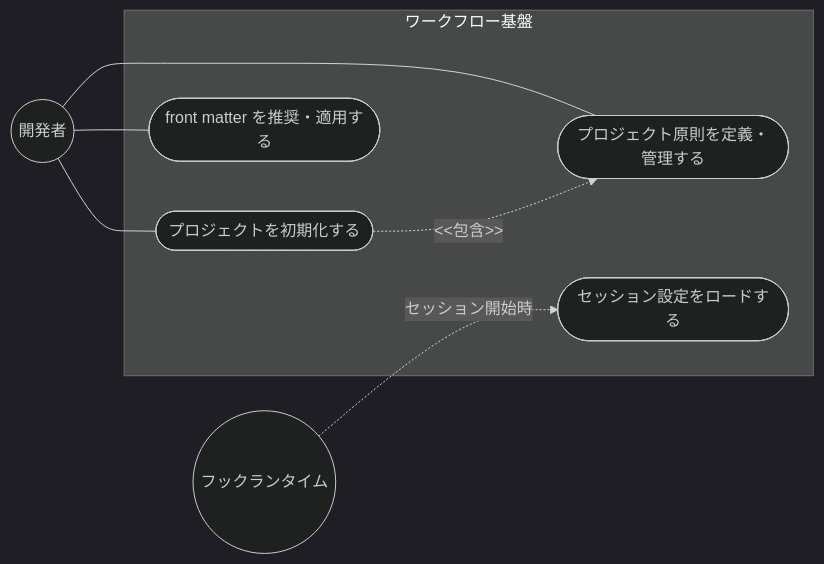
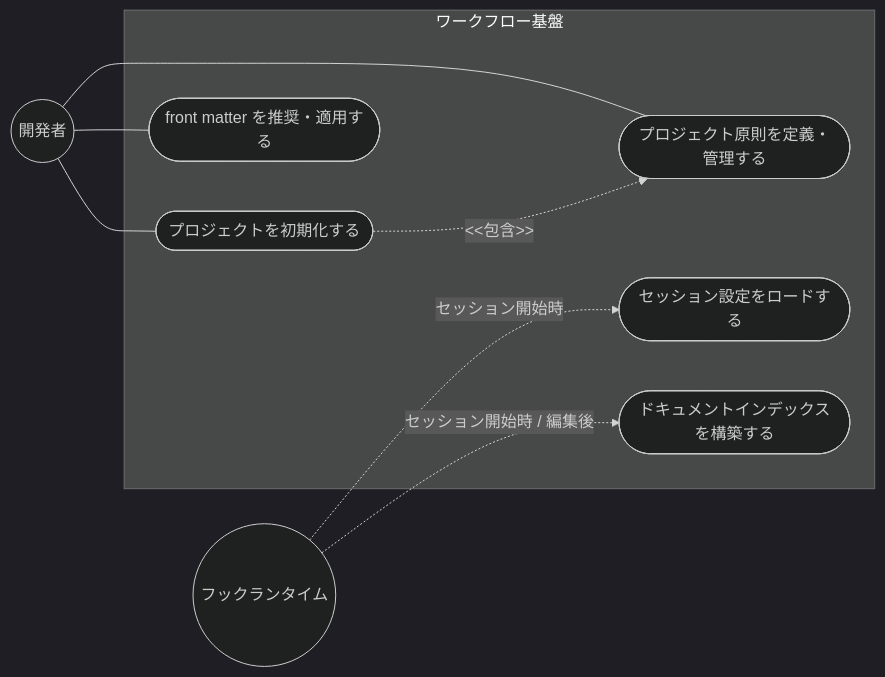
The first of 2 diagrams in .sdd/requirement/workflow-foundation/index.md (ToshikiImagawa/ai-sdd-workflow-dev), drawn with Mermaid before and after one commit. The commit also changed other lines of this file and 4 other files, not shown here.

````diff
--- a/.sdd/requirement/workflow-foundation/index.md
+++ b/.sdd/requirement/workflow-foundation/index.md
@@ -47,19 +48,21 @@
 ```mermaid
 %%{init: {'theme': 'dark'}}%%
 flowchart LR
     Developer((開発者))
     HookRuntime((フックランタイム))
 
     subgraph WorkflowFoundation["ワークフロー基盤"]
         InitProject([プロジェクトを初期化する])
         ManagePrinciples([プロジェクト原則を定義・管理する])
         LoadConfig([セッション設定をロードする])
         RecommendFM([front matter を推奨・適用する])
+        BuildDocIndex([ドキュメントインデックスを構築する])
     end
 
     Developer --- InitProject
     Developer --- ManagePrinciples
     Developer --- RecommendFM
     HookRuntime -.->|"セッション開始時"| LoadConfig
+    HookRuntime -.->|"セッション開始時 / 編集後"| BuildDocIndex
     InitProject -.->|"<<包含>>"| ManagePrinciples
 ```
````
